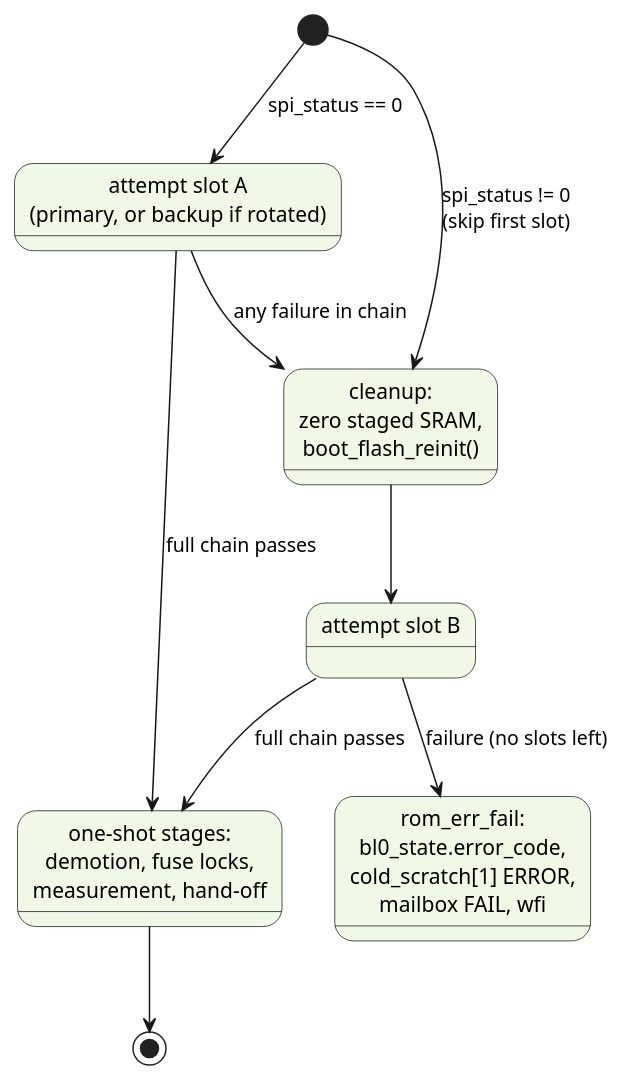
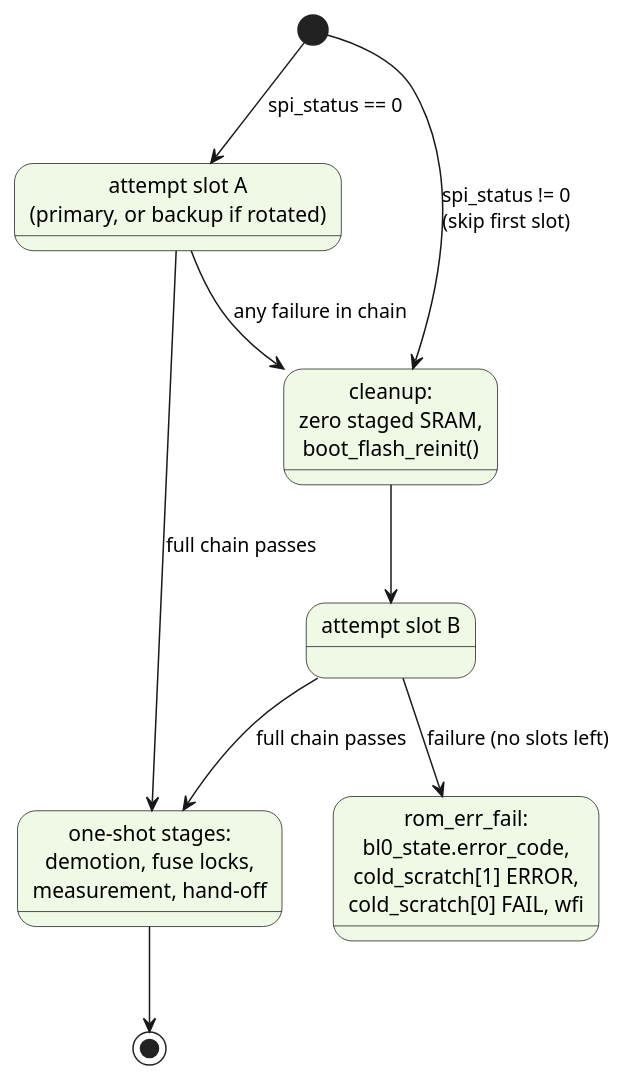
One commit to tenstorrent/tt-oca-harness changed diagram 17 of 17 in hw/sys/sep/bootrom/prod/doc/rom.adoc. Above: the diagram before and after it, drawn with PlantUML. The commit also changed other lines of this file and 284 other files, not shown here.

```diff
--- a/hw/sys/sep/bootrom/prod/doc/rom.adoc
+++ b/hw/sys/sep/bootrom/prod/doc/rom.adoc
@@ -2837,22 +2826,22 @@
 [plantuml,retry-backup-sm,svg]
 ----
 @startuml
 skinparam State {
   BackgroundColor #f0f8e6
 }
 state "attempt slot A\n(primary, or backup if rotated)" as A
 state "cleanup:\nzero staged SRAM,\nboot_flash_reinit()" as CLEAN
 state "attempt slot B" as B
 state "one-shot stages:\ndemotion, fuse locks,\nmeasurement, hand-off" as GO
-state "rom_err_fail:\nbl0_state.error_code,\ncold_scratch[1] ERROR,\nmailbox FAIL, wfi" as FAIL
+state "rom_err_fail:\nbl0_state.error_code,\ncold_scratch[1] ERROR,\ncold_scratch[0] FAIL, wfi" as FAIL
 
 [*] --> A : spi_status == 0
 [*] --> CLEAN : spi_status != 0\n(skip first slot)
 A --> GO : full chain passes
 A --> CLEAN : any failure in chain
 CLEAN --> B
 B --> GO : full chain passes
 B --> FAIL : failure (no slots left)
 GO --> [*]
 @enduml
 ----
```
